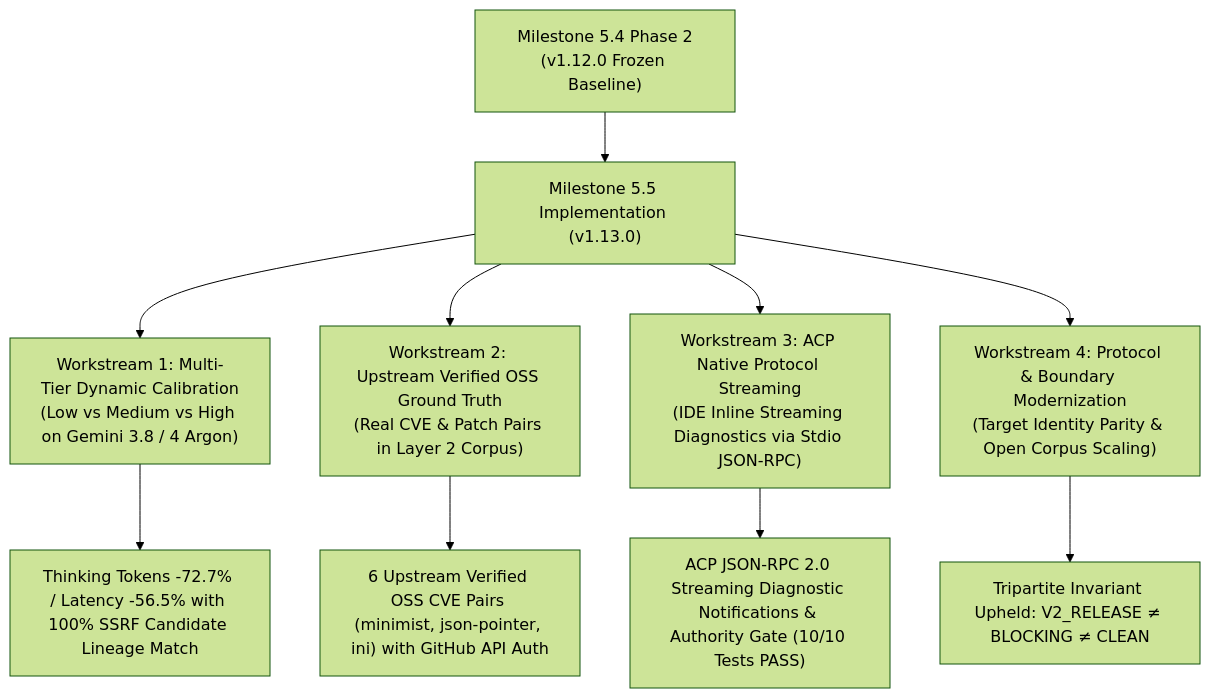
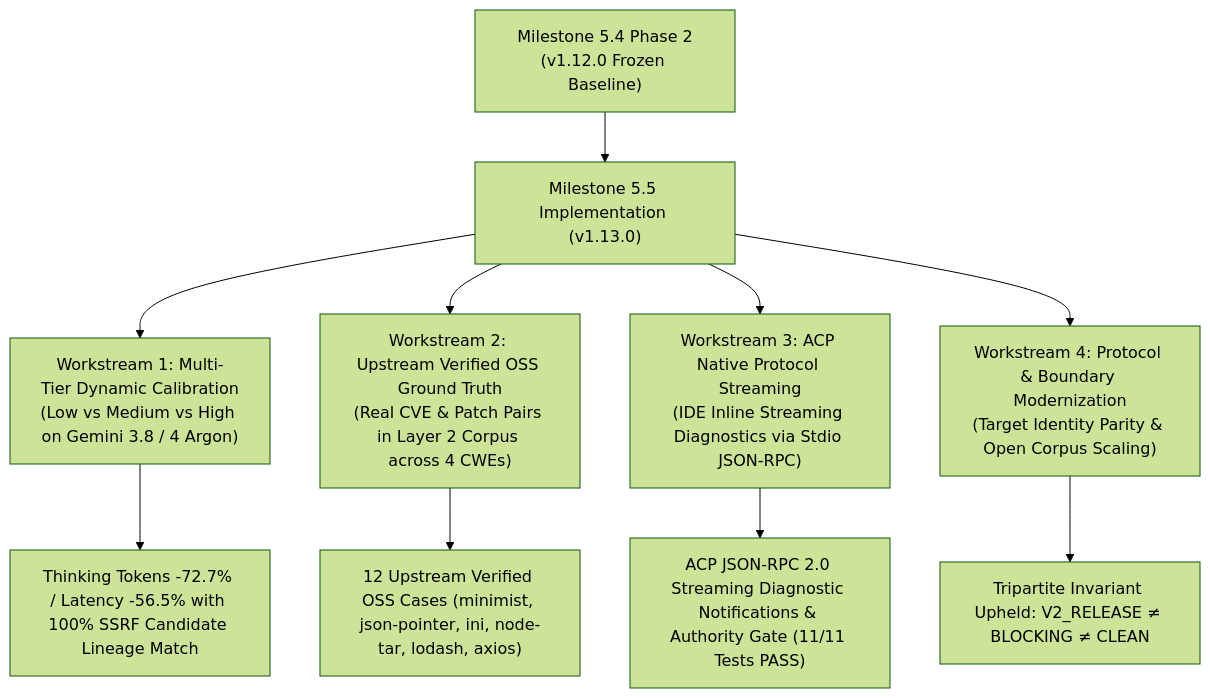
One commit to arcobaleno64/three-lens changed the first of 3 diagrams in reports/multi-tier-effort-empirical-benchmark-2026-11.md. Above: the diagram before and after it, drawn with Mermaid (forest theme). The commit also changed other lines of this file and 7 other files, not shown here.

````diff
--- a/reports/multi-tier-effort-empirical-benchmark-2026-11.md
+++ b/reports/multi-tier-effort-empirical-benchmark-2026-11.md
@@ -18,14 +18,14 @@
 ```mermaid
 flowchart TD
     M54P2["Milestone 5.4 Phase 2<br/>(v1.12.0 Frozen Baseline)"] --> M55["Milestone 5.5 Implementation (v1.13.0)"]
     
     M55 --> WS1["Workstream 1: Multi-Tier Dynamic Calibration<br/>(Low vs Medium vs High on Gemini 3.8 / 4 Argon)"]
-    M55 --> WS2["Workstream 2: Upstream Verified OSS Ground Truth<br/>(Real CVE & Patch Pairs in Layer 2 Corpus)"]
+    M55 --> WS2["Workstream 2: Upstream Verified OSS Ground Truth<br/>(Real CVE & Patch Pairs in Layer 2 Corpus across 4 CWEs)"]
     M55 --> WS3["Workstream 3: ACP Native Protocol Streaming<br/>(IDE Inline Streaming Diagnostics via Stdio JSON-RPC)"]
     M55 --> WS4["Workstream 4: Protocol & Boundary Modernization<br/>(Target Identity Parity & Open Corpus Scaling)"]
     
     WS1 --> Res1["Thinking Tokens -72.7% / Latency -56.5% with 100% SSRF Candidate Lineage Match"]
-    WS2 --> Res2["6 Upstream Verified OSS CVE Pairs (minimist, json-pointer, ini) with GitHub API Auth"]
-    WS3 --> Res3["ACP JSON-RPC 2.0 Streaming Diagnostic Notifications & Authority Gate (10/10 Tests PASS)"]
+    WS2 --> Res2["12 Upstream Verified OSS Cases (minimist, json-pointer, ini, node-tar, lodash, axios)"]
+    WS3 --> Res3["ACP JSON-RPC 2.0 Streaming Diagnostic Notifications & Authority Gate (11/11 Tests PASS)"]
     WS4 --> Res4["Tripartite Invariant Upheld: V2_RELEASE ≠ BLOCKING ≠ CLEAN"]
 ```
````
